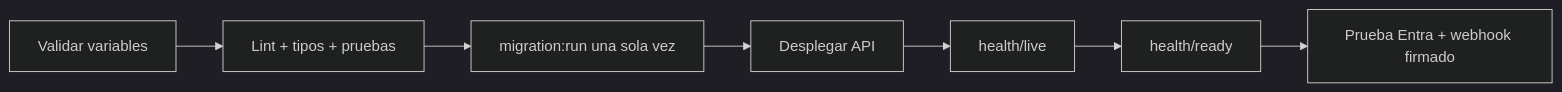
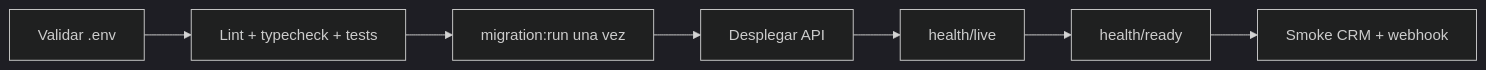
Before and after one commit to roccacr/CRM_VENTAS: the ninth of 9 diagrams in README.md, drawn with Mermaid (dark theme). The commit also changed other lines of this file and 19 other files, not shown here.

````diff
--- a/README.md
+++ b/README.md
@@ -1213,9 +504,9 @@
 ```mermaid
 flowchart LR
-  ENV["Validar variables"] --> TEST["Lint + tipos + pruebas"]
-  TEST --> MIG["migration:run una sola vez"]
+  ENV["Validar .env"] --> TEST["Lint + typecheck + tests"]
+  TEST --> MIG["migration:run una vez"]
   MIG --> DEPLOY["Desplegar API"]
   DEPLOY --> LIVE["health/live"]
   LIVE --> READY["health/ready"]
-  READY --> SMOKE["Prueba Entra + webhook firmado"]
+  READY --> SMOKE["Smoke CRM + webhook"]
 ```
````
